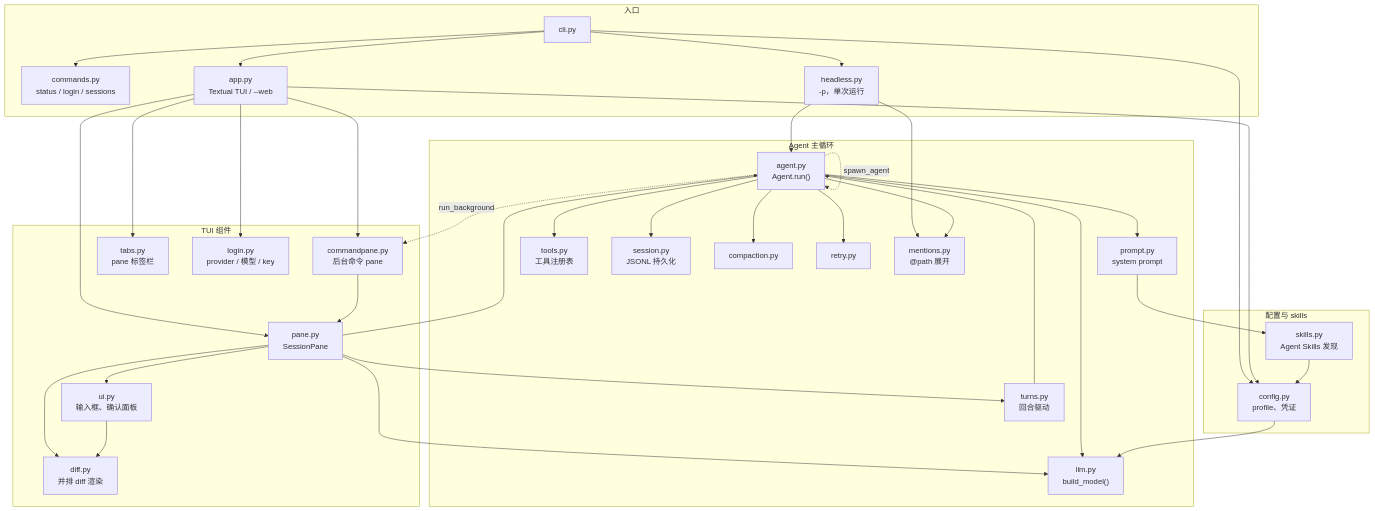
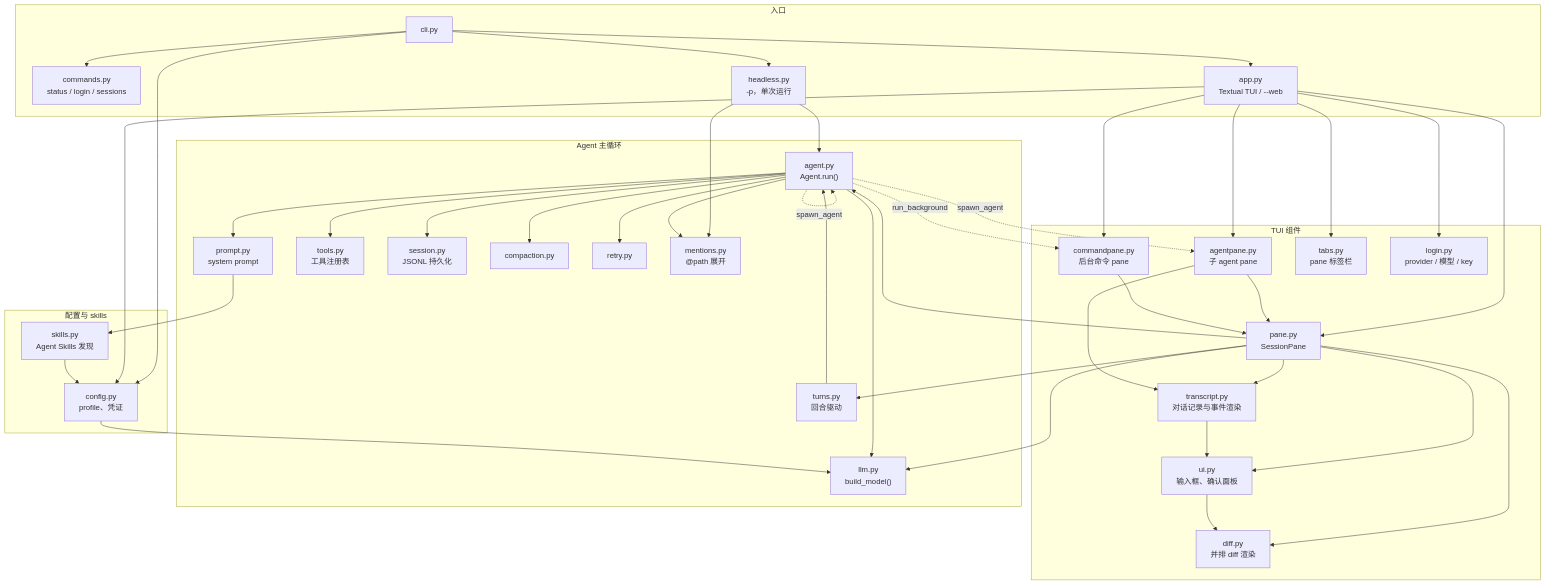
The diagram in README.zh-CN.md (aisk/paimon), drawn with Mermaid before and after one commit. The commit also changed other lines of this file and 14 other files, not shown here.

````diff
--- a/README.zh-CN.md
+++ b/README.zh-CN.md
@@ -126,74 +126,82 @@
 ```mermaid
 flowchart TD
     subgraph entry["入口"]
         CLI["cli.py"]
         Commands["commands.py<br/>status / login / sessions"]
         Headless["headless.py<br/>-p，单次运行"]
         App["app.py<br/>Textual TUI / --web"]
     end
 
     subgraph tui["TUI 组件"]
         Pane["pane.py<br/>SessionPane"]
+        AgentPane["agentpane.py<br/>子 agent pane"]
         CommandPane["commandpane.py<br/>后台命令 pane"]
+        Transcript["transcript.py<br/>对话记录与事件渲染"]
         Tabs["tabs.py<br/>pane 标签栏"]
         Login["login.py<br/>provider / 模型 / key"]
         UIWidgets["ui.py<br/>输入框、确认面板"]
         Diff["diff.py<br/>并排 diff 渲染"]
     end
 
     subgraph core["Agent 主循环"]
         AgentLoop["agent.py<br/>Agent.run()"]
         LLM["llm.py<br/>build_model()"]
         PromptMod["prompt.py<br/>system prompt"]
         ToolsMod["tools.py<br/>工具注册表"]
         SessionMod["session.py<br/>JSONL 持久化"]
         Compaction["compaction.py"]
         Retry["retry.py"]
         Mentions["mentions.py<br/>@path 展开"]
         Jobs["turns.py<br/>回合驱动"]
     end
 
     subgraph support["配置与 skills"]
         Config["config.py<br/>profile、凭证"]
         Skills["skills.py<br/>Agent Skills 发现"]
     end
 
     CLI --> Commands
     CLI --> Headless
     CLI --> App
     CLI --> Config
 
     Headless --> AgentLoop
     Headless --> Mentions
 
     App --> Pane
+    App --> AgentPane
     App --> CommandPane
     App --> Tabs
     App --> Login
     App --> Config
 
     Pane --> Jobs
     Pane --> AgentLoop
     Pane --> Diff
+    Pane --> Transcript
     Pane --> UIWidgets
     Pane --> LLM
+    AgentPane --> Pane
+    AgentPane --> Transcript
     CommandPane --> Pane
+    Transcript --> UIWidgets
     UIWidgets --> Diff
 
     AgentLoop --> LLM
     AgentLoop --> PromptMod
     AgentLoop --> ToolsMod
     AgentLoop --> SessionMod
     AgentLoop --> Compaction
     AgentLoop --> Retry
     AgentLoop --> Mentions
     AgentLoop -. "spawn_agent" .-> AgentLoop
+    AgentLoop -. "spawn_agent" .-> AgentPane
     AgentLoop -. "run_background" .-> CommandPane
 
     PromptMod --> Skills
 
     Jobs --> AgentLoop
 
     Skills --> Config
     Config --> LLM
 ```
````
